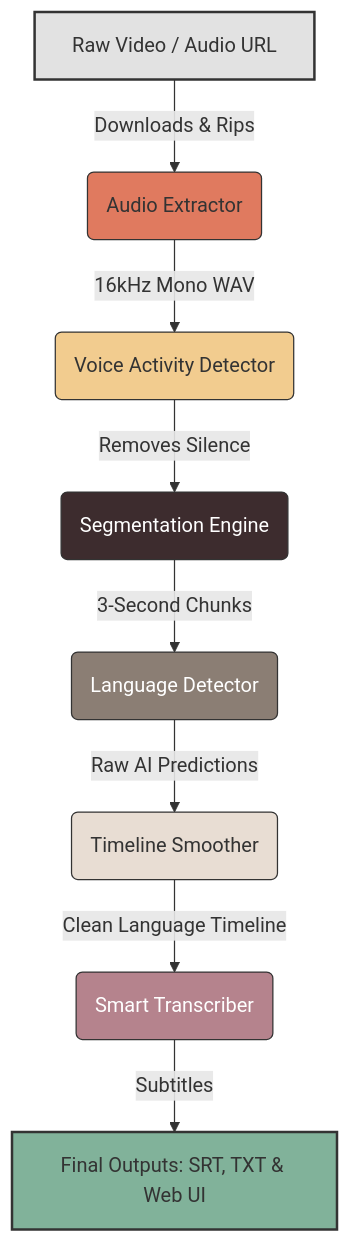
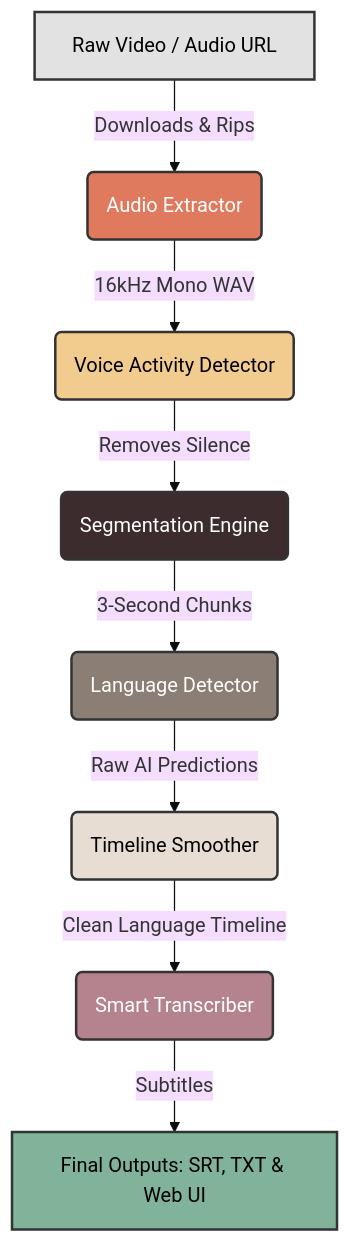
Before and after one commit to Duljit2006/frame-speech: the diagram in progress_report.md, drawn with Mermaid. The commit also changed 19 other files, not shown here.

````diff
--- a/progress_report.md
+++ b/progress_report.md
@@ -16,19 +16,20 @@
 ```mermaid
+%%{init: {'theme': 'base', 'themeVariables': { 'fontFamily': 'sans-serif' }}}%%
 graph TD
     A[Raw Video / Audio URL] -->|Downloads & Rips| B(Audio Extractor)
     B -->|16kHz Mono WAV| C(Voice Activity Detector)
     C -->|Removes Silence| D(Segmentation Engine)
     D -->|3-Second Chunks| E(Language Detector)
     E -->|Raw AI Predictions| F(Timeline Smoother)
     F -->|Clean Language Timeline| G(Smart Transcriber)
     G -->|Subtitles| H[Final Outputs: SRT, TXT & Web UI]
     
-    style A fill:#e2e2e2,stroke:#333,stroke-width:2px
-    style H fill:#81B29A,stroke:#333,stroke-width:2px
-    style B fill:#E07A5F,stroke:#333
-    style C fill:#F2CC8F,stroke:#333
-    style D fill:#3D2C2E,stroke:#333,color:#fff
-    style E fill:#8B7E74,stroke:#333,color:#fff
-    style F fill:#E8DDD3,stroke:#333
-    style G fill:#B5838D,stroke:#333,color:#fff
+    style A fill:#e2e2e2,stroke:#333,stroke-width:2px,color:#000
+    style B fill:#E07A5F,stroke:#333,stroke-width:2px,color:#fff
+    style C fill:#F2CC8F,stroke:#333,stroke-width:2px,color:#000
+    style D fill:#3D2C2E,stroke:#333,stroke-width:2px,color:#fff
+    style E fill:#8B7E74,stroke:#333,stroke-width:2px,color:#fff
+    style F fill:#E8DDD3,stroke:#333,stroke-width:2px,color:#000
+    style G fill:#B5838D,stroke:#333,stroke-width:2px,color:#fff
+    style H fill:#81B29A,stroke:#333,stroke-width:2px,color:#000
 ```
````
